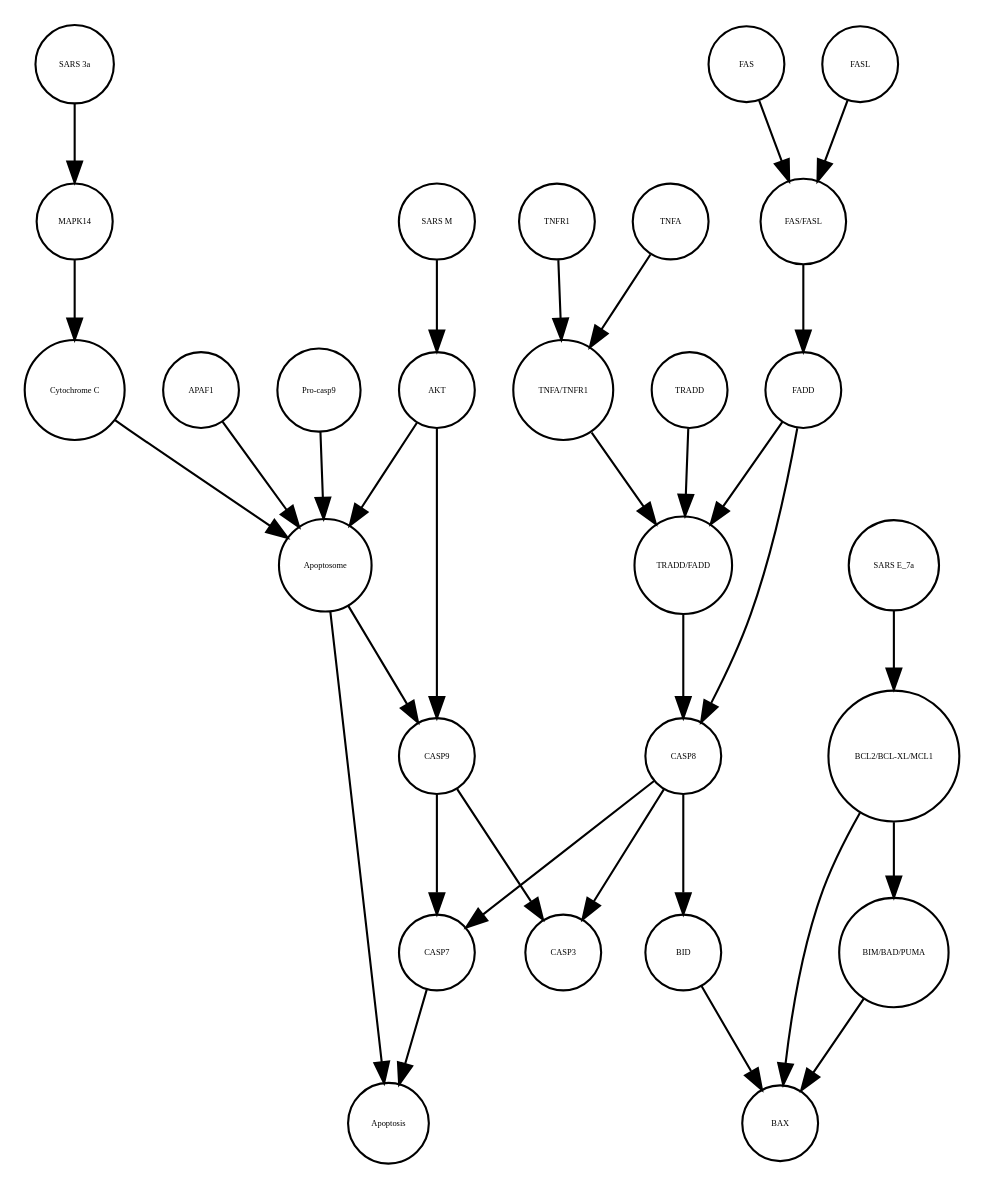
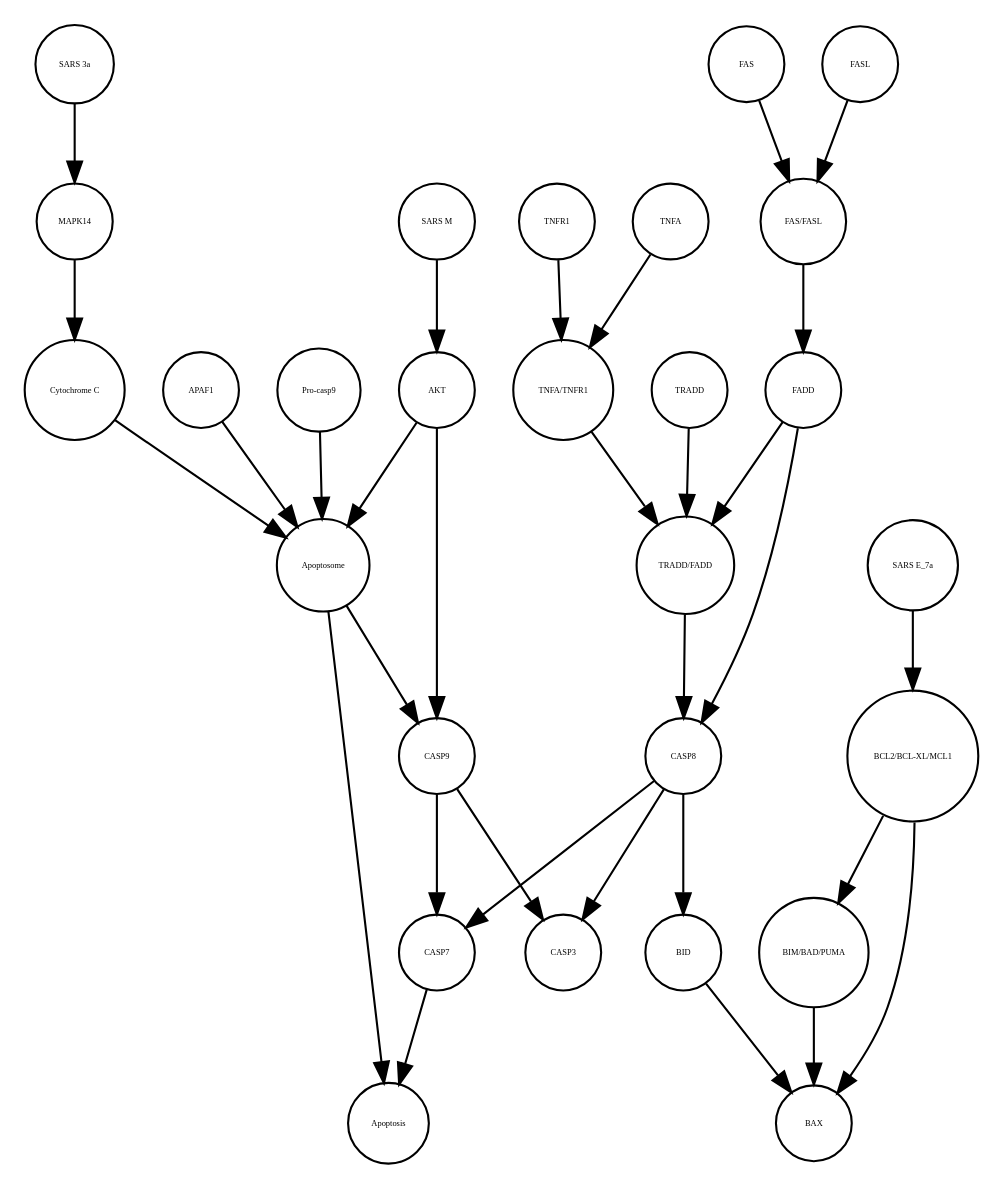
Before and after one commit to cannin/covid19-sbgn: the diagram in Apoptosis_VS_SSA_AN.xml_projected.dot, drawn with Graphviz. The commit also changed other lines of this file and 637 other files, not shown here.

```diff
--- a/Apoptosis_VS_SSA_AN.xml_projected.dot
+++ b/Apoptosis_VS_SSA_AN.xml_projected.dot
@@ -1,60 +1,60 @@
 strict digraph  {
 CASP7 [annotation="", bipartite=0, cls=macromolecule, fontsize=4, label=CASP7, shape=circle];
 Apoptosis [annotation="", bipartite=0, cls=phenotype, fontsize=4, label=Apoptosis, shape=circle];
 Apoptosome [annotation="", bipartite=0, cls=complex, fontsize=4, label=Apoptosome, shape=circle];
-TNFA [annotation="", bipartite=0, cls=macromolecule, fontsize=4, label=TNFA, shape=circle];
+FASL [annotation="", bipartite=0, cls=macromolecule, fontsize=4, label=FASL, shape=circle];
+"SARS M" [annotation="", bipartite=0, cls=macromolecule, fontsize=4, label="SARS M", shape=circle];
+"SARS E_7a" [annotation="", bipartite=0, cls=macromolecule, fontsize=4, label="SARS E_7a", shape=circle];
 TNFR1 [annotation="", bipartite=0, cls=macromolecule, fontsize=4, label=TNFR1, shape=circle];
 CASP3 [annotation="", bipartite=0, cls=macromolecule, fontsize=4, label=CASP3, shape=circle];
-"Cytochrome C" [annotation="", bipartite=0, cls=macromolecule, fontsize=4, label="Cytochrome C", shape=circle];
+"Pro-casp9" [annotation="", bipartite=0, cls=macromolecule, fontsize=4, label="Pro-casp9", shape=circle];
+FAS [annotation="", bipartite=0, cls=macromolecule, fontsize=4, label=FAS, shape=circle];
+AKT [annotation="", bipartite=0, cls=macromolecule, fontsize=4, label=AKT, shape=circle];
+BAX [annotation="", bipartite=0, cls=macromolecule, fontsize=4, label=BAX, shape=circle];
+"TNFA/TNFR1" [annotation="", bipartite=0, cls=complex, fontsize=4, label="TNFA/TNFR1", shape=circle];
+CASP8 [annotation="", bipartite=0, cls=macromolecule, fontsize=4, label=CASP8, shape=circle];
+"TRADD/FADD" [annotation="", bipartite=0, cls=complex, fontsize=4, label="TRADD/FADD", shape=circle];
+BID [annotation="", bipartite=0, cls=macromolecule, fontsize=4, label=BID, shape=circle];
 MAPK14 [annotation="", bipartite=0, cls=macromolecule, fontsize=4, label=MAPK14, shape=circle];
-"SARS M" [annotation="", bipartite=0, cls=macromolecule, fontsize=4, label="SARS M", shape=circle];
-"SARS E_7a" [annotation="", bipartite=0, cls=macromolecule, fontsize=4, label="SARS E_7a", shape=circle];
+"SARS 3a" [annotation="", bipartite=0, cls=macromolecule, fontsize=4, label="SARS 3a", shape=circle];
+TNFA [annotation="", bipartite=0, cls=macromolecule, fontsize=4, label=TNFA, shape=circle];
+"BIM/BAD/PUMA" [annotation="", bipartite=0, cls=complex, fontsize=4, label="BIM/BAD/PUMA", shape=circle];
+"BCL2/BCL-XL/MCL1" [annotation="", bipartite=0, cls=complex, fontsize=4, label="BCL2/BCL-XL/MCL1", shape=circle];
 "FAS/FASL" [annotation="", bipartite=0, cls=complex, fontsize=4, label="FAS/FASL", shape=circle];
-"SARS 3a" [annotation="", bipartite=0, cls=macromolecule, fontsize=4, label="SARS 3a", shape=circle];
 APAF1 [annotation="", bipartite=0, cls=macromolecule, fontsize=4, label=APAF1, shape=circle];
-"BCL2/BCL-XL/MCL1" [annotation="", bipartite=0, cls=complex, fontsize=4, label="BCL2/BCL-XL/MCL1", shape=circle];
 TRADD [annotation="", bipartite=0, cls=macromolecule, fontsize=4, label=TRADD, shape=circle];
 FADD [annotation="", bipartite=0, cls=macromolecule, fontsize=4, label=FADD, shape=circle];
-FASL [annotation="", bipartite=0, cls=macromolecule, fontsize=4, label=FASL, shape=circle];
+"Cytochrome C" [annotation="", bipartite=0, cls=macromolecule, fontsize=4, label="Cytochrome C", shape=circle];
 CASP9 [annotation="", bipartite=0, cls=macromolecule, fontsize=4, label=CASP9, shape=circle];
-AKT [annotation="", bipartite=0, cls=macromolecule, fontsize=4, label=AKT, shape=circle];
-BID [annotation="", bipartite=0, cls=macromolecule, fontsize=4, label=BID, shape=circle];
-BAX [annotation="", bipartite=0, cls=macromolecule, fontsize=4, label=BAX, shape=circle];
-CASP8 [annotation="", bipartite=0, cls=macromolecule, fontsize=4, label=CASP8, shape=circle];
-"Pro-casp9" [annotation="", bipartite=0, cls=macromolecule, fontsize=4, label="Pro-casp9", shape=circle];
-"TRADD/FADD" [annotation="", bipartite=0, cls=complex, fontsize=4, label="TRADD/FADD", shape=circle];
-"BIM/BAD/PUMA" [annotation="", bipartite=0, cls=complex, fontsize=4, label="BIM/BAD/PUMA", shape=circle];
-FAS [annotation="", bipartite=0, cls=macromolecule, fontsize=4, label=FAS, shape=circle];
-"TNFA/TNFR1" [annotation="", bipartite=0, cls=complex, fontsize=4, label="TNFA/TNFR1", shape=circle];
 CASP7 -> Apoptosis  [annotation="", interaction_type=stimulation];
 Apoptosome -> Apoptosis  [annotation="", interaction_type=stimulation];
 Apoptosome -> CASP9  [annotation="urn_miriam_kegg.pathway_hsa04210", interaction_type=catalysis];
-TNFA -> "TNFA/TNFR1"  [annotation="", interaction_type=production];
-TNFR1 -> "TNFA/TNFR1"  [annotation="", interaction_type=production];
-"Cytochrome C" -> Apoptosome  [annotation="", interaction_type=production];
-MAPK14 -> "Cytochrome C"  [annotation="urn_miriam_kegg.pathway_hsa04210|urn_miriam_pubmed_31226023", interaction_type=catalysis];
+FASL -> "FAS/FASL"  [annotation="", interaction_type=production];
 "SARS M" -> AKT  [annotation=urn_miriam_pubmed_31226023, interaction_type=inhibition];
 "SARS E_7a" -> "BCL2/BCL-XL/MCL1"  [annotation="", interaction_type=inhibition];
-"FAS/FASL" -> FADD  [annotation="urn_miriam_kegg.pathway_hsa04210", interaction_type=catalysis];
+TNFR1 -> "TNFA/TNFR1"  [annotation="", interaction_type=production];
+"Pro-casp9" -> Apoptosome  [annotation="", interaction_type=production];
+FAS -> "FAS/FASL"  [annotation="", interaction_type=production];
+AKT -> CASP9  [annotation="urn_miriam_kegg.pathway_hsa04210", interaction_type=inhibition];
+AKT -> Apoptosome  [annotation="urn_miriam_kegg.pathway_hsa04210", interaction_type=inhibition];
+"TNFA/TNFR1" -> "TRADD/FADD"  [annotation="urn_miriam_kegg.pathway_hsa04210", interaction_type=catalysis];
+CASP8 -> BID  [annotation="urn_miriam_kegg.pathway_hsa04210", interaction_type=catalysis];
+CASP8 -> CASP7  [annotation="urn_miriam_kegg.pathway_hsa04210", interaction_type=catalysis];
+CASP8 -> CASP3  [annotation="urn_miriam_kegg.pathway_hsa04210", interaction_type=catalysis];
+"TRADD/FADD" -> CASP8  [annotation="urn_miriam_kegg.pathway_hsa04210", interaction_type=catalysis];
+BID -> BAX  [annotation=urn_miriam_pubmed_31226023, interaction_type=catalysis];
+MAPK14 -> "Cytochrome C"  [annotation="urn_miriam_kegg.pathway_hsa04210|urn_miriam_pubmed_31226023", interaction_type=catalysis];
 "SARS 3a" -> MAPK14  [annotation=urn_miriam_pubmed_31226023, interaction_type=catalysis];
-APAF1 -> Apoptosome  [annotation="", interaction_type=production];
+TNFA -> "TNFA/TNFR1"  [annotation="", interaction_type=production];
+"BIM/BAD/PUMA" -> BAX  [annotation=urn_miriam_pubmed_31226023, interaction_type=catalysis];
 "BCL2/BCL-XL/MCL1" -> "BIM/BAD/PUMA"  [annotation="", interaction_type=inhibition];
 "BCL2/BCL-XL/MCL1" -> BAX  [annotation=urn_miriam_pubmed_31226023, interaction_type=inhibition];
+"FAS/FASL" -> FADD  [annotation="urn_miriam_kegg.pathway_hsa04210", interaction_type=catalysis];
+APAF1 -> Apoptosome  [annotation="", interaction_type=production];
 TRADD -> "TRADD/FADD"  [annotation="", interaction_type=production];
+FADD -> CASP8  [annotation="urn_miriam_kegg.pathway_hsa04210", interaction_type=catalysis];
 FADD -> "TRADD/FADD"  [annotation="", interaction_type=production];
-FADD -> CASP8  [annotation="urn_miriam_kegg.pathway_hsa04210", interaction_type=catalysis];
-FASL -> "FAS/FASL"  [annotation="", interaction_type=production];
+"Cytochrome C" -> Apoptosome  [annotation="", interaction_type=production];
+CASP9 -> CASP7  [annotation="urn_miriam_kegg.pathway_hsa04210", interaction_type=catalysis];
 CASP9 -> CASP3  [annotation="urn_miriam_kegg.pathway_hsa04210", interaction_type=catalysis];
-CASP9 -> CASP7  [annotation="urn_miriam_kegg.pathway_hsa04210", interaction_type=catalysis];
-AKT -> CASP9  [annotation="urn_miriam_kegg.pathway_hsa04210", interaction_type=inhibition];
-AKT -> Apoptosome  [annotation="urn_miriam_kegg.pathway_hsa04210", interaction_type=inhibition];
-BID -> BAX  [annotation=urn_miriam_pubmed_31226023, interaction_type=catalysis];
-CASP8 -> CASP3  [annotation="urn_miriam_kegg.pathway_hsa04210", interaction_type=catalysis];
-CASP8 -> BID  [annotation="urn_miriam_kegg.pathway_hsa04210", interaction_type=catalysis];
-CASP8 -> CASP7  [annotation="urn_miriam_kegg.pathway_hsa04210", interaction_type=catalysis];
-"Pro-casp9" -> Apoptosome  [annotation="", interaction_type=production];
-"TRADD/FADD" -> CASP8  [annotation="urn_miriam_kegg.pathway_hsa04210", interaction_type=catalysis];
-"BIM/BAD/PUMA" -> BAX  [annotation=urn_miriam_pubmed_31226023, interaction_type=catalysis];
-FAS -> "FAS/FASL"  [annotation="", interaction_type=production];
-"TNFA/TNFR1" -> "TRADD/FADD"  [annotation="urn_miriam_kegg.pathway_hsa04210", interaction_type=catalysis];
 }
```
